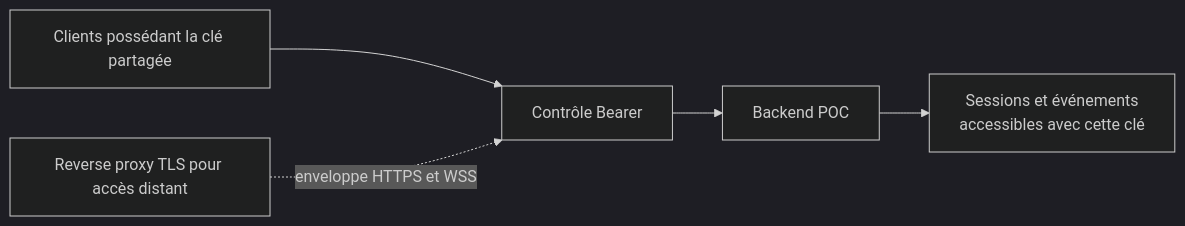
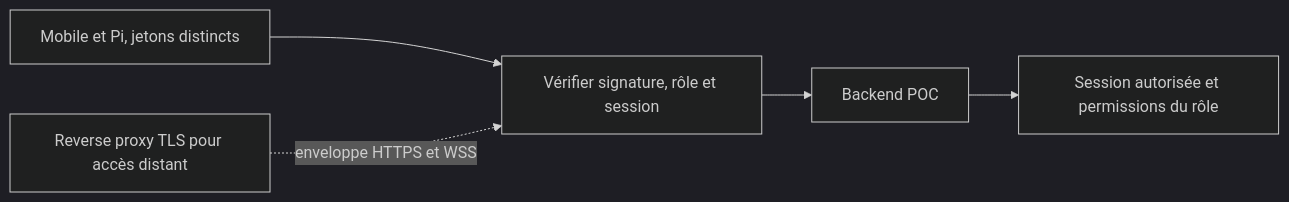
Before and after one commit to Mindsept/Looki--Vision: the fourth of 5 diagrams in docs/07-decisions-et-limites.md, drawn with Mermaid (dark theme). The commit also changed other lines of this file and 56 other files, not shown here.

````diff
--- a/docs/07-decisions-et-limites.md
+++ b/docs/07-decisions-et-limites.md
@@ -90,7 +92,7 @@
 ```mermaid
 flowchart LR
-    Clients[Clients possédant la clé partagée] --> Auth[Contrôle Bearer]
+    Clients[Mobile et Pi, jetons distincts] --> Auth[Vérifier signature, rôle et session]
     Auth --> Backend[Backend POC]
-    Backend --> All[Sessions et événements<br/>accessibles avec cette clé]
+    Backend --> All[Session autorisée et permissions du rôle]
     TLS[Reverse proxy TLS pour accès distant] -. enveloppe HTTPS et WSS .-> Auth
 ```
````
